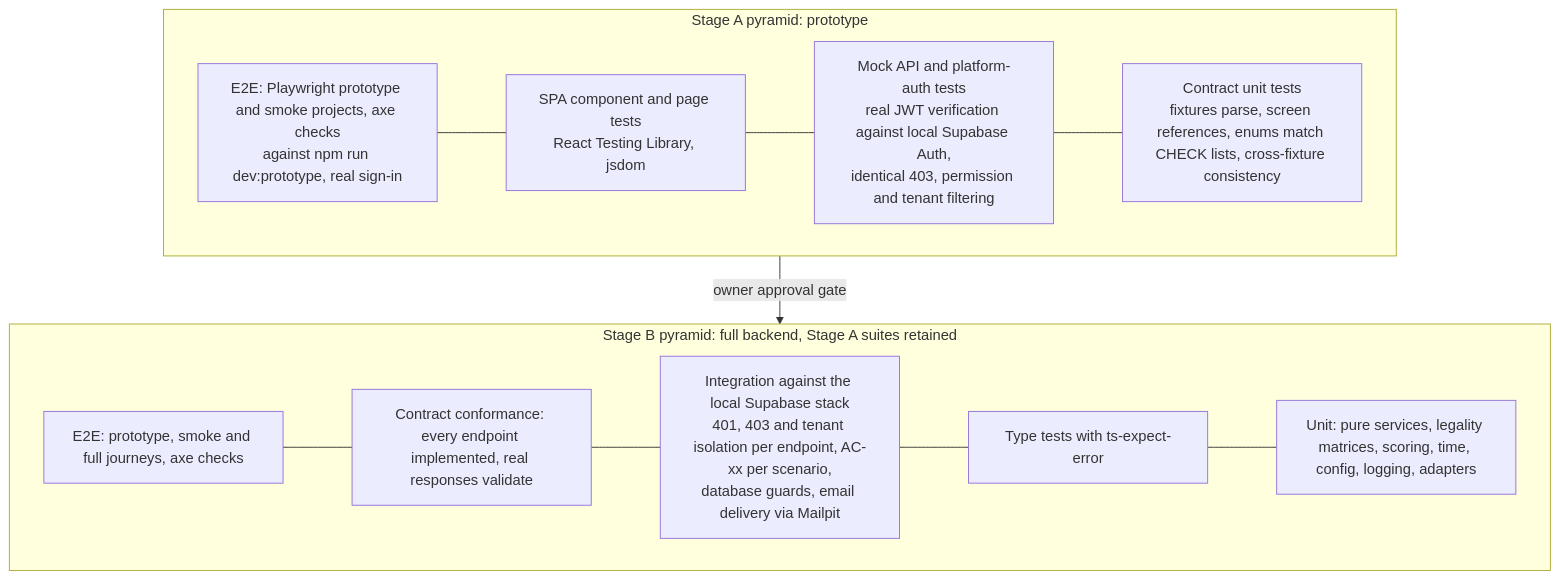
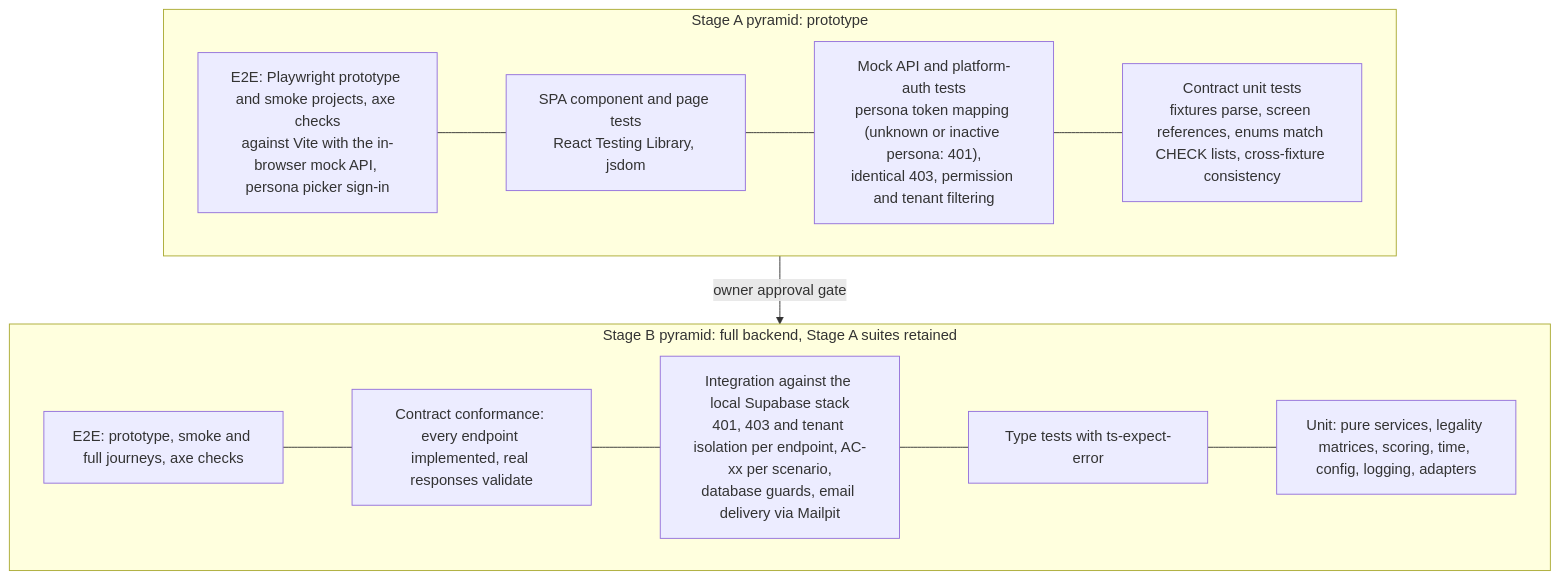
One commit to wemaketools/tenderiq changed the first of 4 diagrams in docs/technical/11-testing-strategy.md. Above: the diagram before and after it, drawn with Mermaid. The commit also changed other lines of this file and 157 other files, not shown here.

````diff
--- a/docs/technical/11-testing-strategy.md
+++ b/docs/technical/11-testing-strategy.md
@@ -44,24 +44,24 @@
 ```mermaid
 flowchart TB
   subgraph stageA["Stage A pyramid: prototype"]
-    a1["E2E: Playwright prototype and smoke projects, axe checks<br/>against npm run dev:prototype, real sign-in"]
+    a1["E2E: Playwright prototype and smoke projects, axe checks<br/>against Vite with the in-browser mock API, persona picker sign-in"]
     a2["SPA component and page tests<br/>React Testing Library, jsdom"]
-    a3["Mock API and platform-auth tests<br/>real JWT verification against local Supabase Auth,<br/>identical 403, permission and tenant filtering"]
+    a3["Mock API and platform-auth tests<br/>persona token mapping (unknown or inactive persona: 401),<br/>identical 403, permission and tenant filtering"]
     a4["Contract unit tests<br/>fixtures parse, screen references, enums match CHECK lists, cross-fixture consistency"]
     a1 --- a2
     a2 --- a3
     a3 --- a4
   end
   subgraph stageB["Stage B pyramid: full backend, Stage A suites retained"]
     b1["E2E: prototype, smoke and full journeys, axe checks"]
     b2["Contract conformance: every endpoint implemented, real responses validate"]
     b3["Integration against the local Supabase stack<br/>401, 403 and tenant isolation per endpoint, AC-xx per scenario,<br/>database guards, email delivery via Mailpit"]
     b4["Type tests with ts-expect-error"]
     b5["Unit: pure services, legality matrices, scoring, time, config, logging, adapters"]
     b1 --- b2
     b2 --- b3
     b3 --- b4
     b4 --- b5
   end
   stageA -->|"owner approval gate"| stageB
 ```
````
